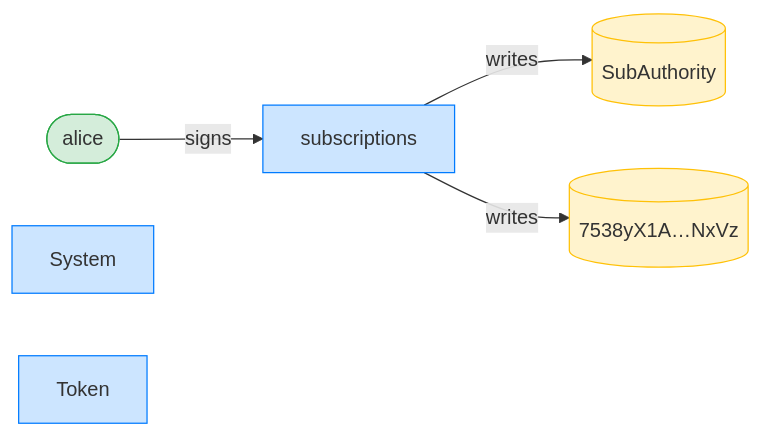
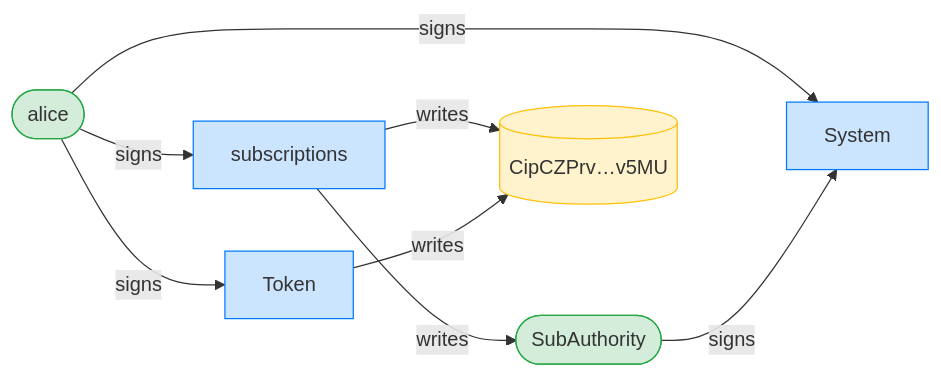
Before and after one commit to cds-rs/subscriptions: the third of 8 diagrams in dsl_tests/close-a-subscription-authority.md, drawn with Mermaid. The commit also changed other lines of this file and 224 other files, not shown here.

````diff
--- a/dsl_tests/close-a-subscription-authority.md
+++ b/dsl_tests/close-a-subscription-authority.md
@@ -53,15 +54,19 @@
 ```mermaid
 flowchart LR
     classDef signer fill:#d4edda,stroke:#28a745;
     classDef program fill:#cce5ff,stroke:#007bff;
     classDef writable fill:#fff3cd,stroke:#ffc107;
     subscriptions[subscriptions]:::program
     alice([alice]):::signer
-    SubAuthority[(SubAuthority)]:::writable
-    7538yX1A_NxVz[("7538yX1A…NxVz")]:::writable
+    SubAuthority([SubAuthority]):::signer
+    CipCZPrv_v5MU[("CipCZPrv…v5MU")]:::writable
     System[System]:::program
     Token[Token]:::program
     alice -->|signs| subscriptions
+    alice -->|signs| System
+    SubAuthority -->|signs| System
+    alice -->|signs| Token
     subscriptions -->|writes| SubAuthority
-    subscriptions -->|writes| 7538yX1A_NxVz
+    subscriptions -->|writes| CipCZPrv_v5MU
+    Token -->|writes| CipCZPrv_v5MU
 ```
````
